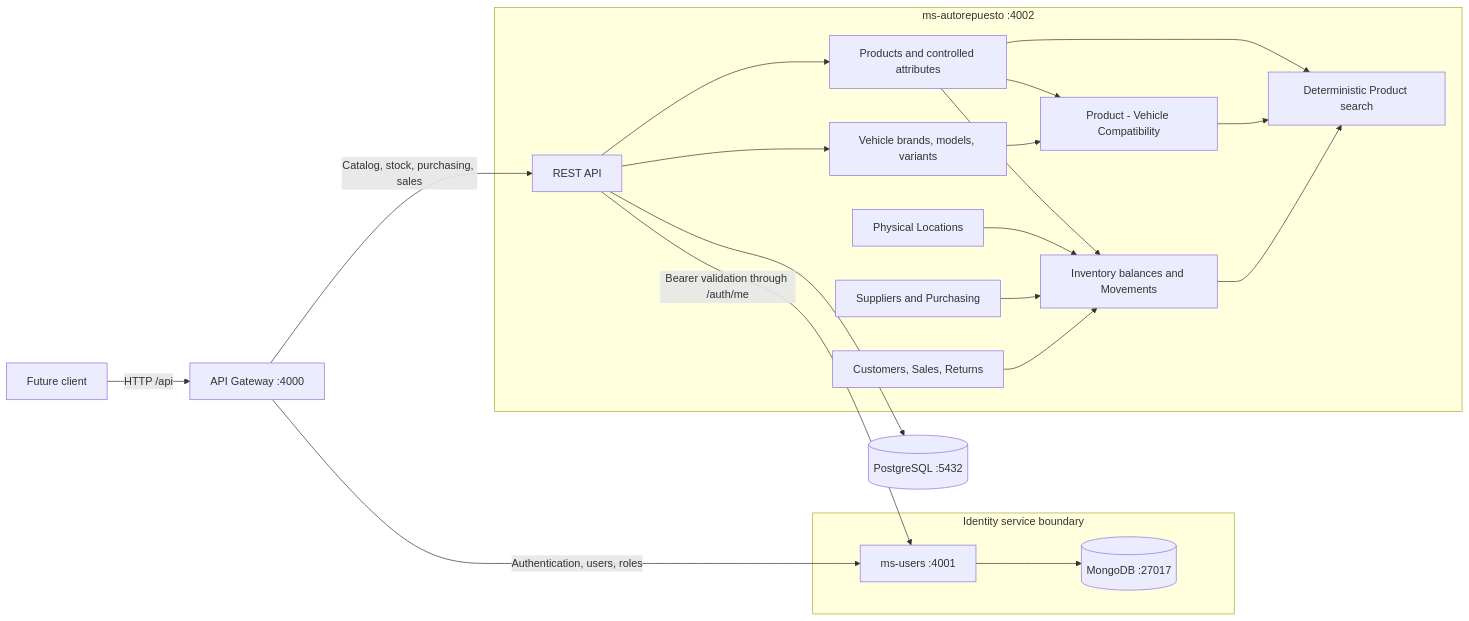
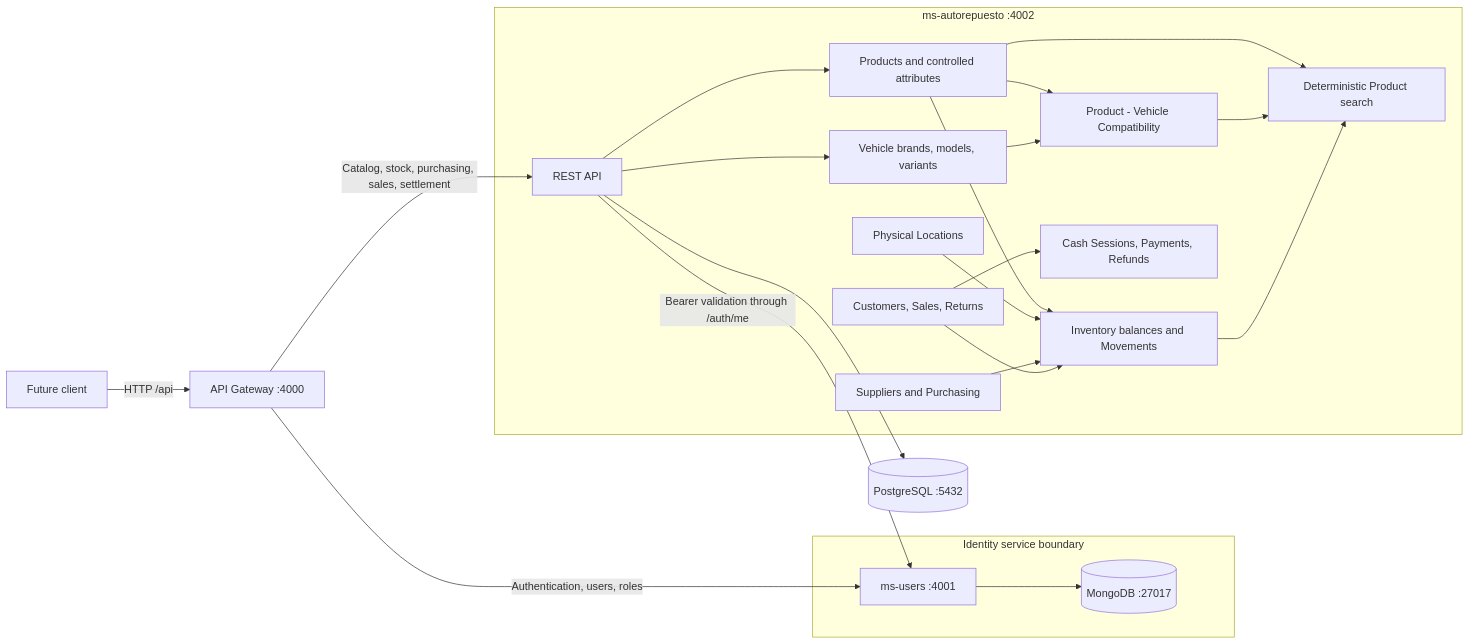
The diagram in docs/backend-mvp.md (DavidRivas10/Biela-ERP), drawn with Mermaid before and after one commit. The commit also changed other lines of this file and 40 other files, not shown here.

Commit message:
feat: complete BIELA backend phase 7 cash and payments

````diff
--- a/docs/backend-mvp.md
+++ b/docs/backend-mvp.md
@@ -9,38 +9,40 @@
 ```mermaid
 flowchart LR
     Client[Future client] -->|HTTP /api| Gateway[API Gateway :4000]
 
     Gateway -->|Authentication, users, roles| Users[ms-users :4001]
-    Gateway -->|Catalog, stock, purchasing, sales| Auto
+    Gateway -->|Catalog, stock, purchasing, sales, settlement| Auto
 
     subgraph Identity[Identity service boundary]
         Users --> Mongo[(MongoDB :27017)]
     end
 
     subgraph Automotive[ms-autorepuesto :4002]
         Auto[REST API]
         Catalog[Products and controlled attributes]
         Vehicles[Vehicle brands, models, variants]
         Fitment[Product - Vehicle Compatibility]
         Locations[Physical Locations]
         Inventory[Inventory balances and Movements]
         Search[Deterministic Product search]
         Purchasing[Suppliers and Purchasing]
         Sales[Customers, Sales, Returns]
+        Finance[Cash Sessions, Payments, Refunds]
 
         Auto --> Catalog
         Auto --> Vehicles
         Catalog --> Fitment
         Vehicles --> Fitment
         Catalog --> Inventory
         Locations --> Inventory
         Catalog --> Search
         Fitment --> Search
         Inventory --> Search
         Purchasing --> Inventory
         Sales --> Inventory
+        Sales --> Finance
     end
 
     Auto --> Postgres[(PostgreSQL :5432)]
     Auto -->|Bearer validation through /auth/me| Users
 ```
````
